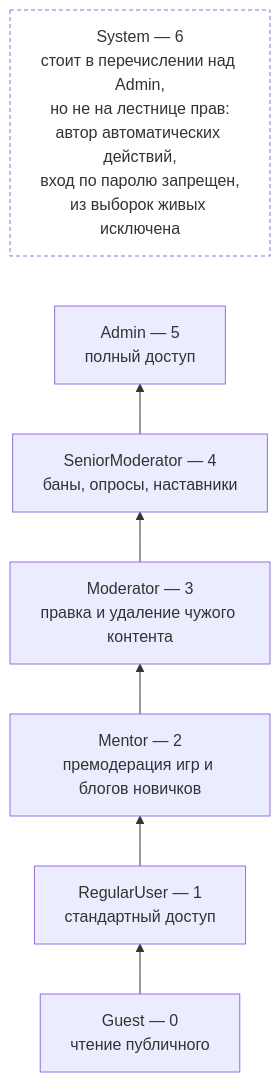
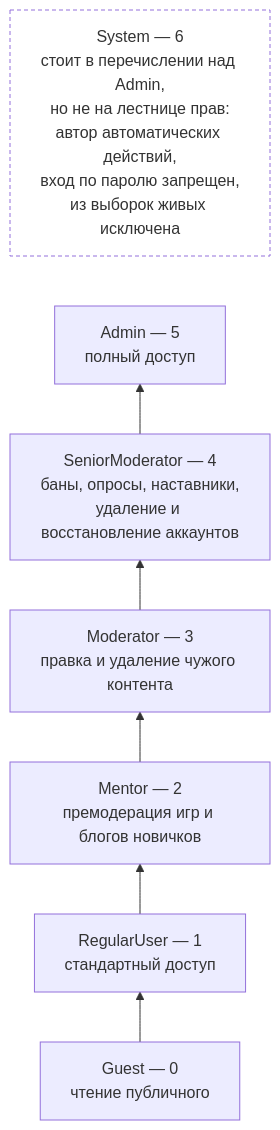
Before and after one commit to dm-am/dm3: the first of 3 diagrams in docs/architecture/AUTHORIZATION.md, drawn with Mermaid. The commit also changed other lines of this file and 2107 other files, not shown here.

````diff
--- a/docs/architecture/AUTHORIZATION.md
+++ b/docs/architecture/AUTHORIZATION.md
@@ -13,16 +13,16 @@
 ```mermaid
 flowchart BT
     g["Guest — 0<br/>чтение публичного"]
     u["RegularUser — 1<br/>стандартный доступ"]
     me["Mentor — 2<br/>премодерация игр и блогов новичков"]
     mo["Moderator — 3<br/>правка и удаление чужого контента"]
-    sm["SeniorModerator — 4<br/>баны, опросы, наставники"]
+    sm["SeniorModerator — 4<br/>баны, опросы, наставники,<br/>удаление и восстановление аккаунтов"]
     ad["Admin — 5<br/>полный доступ"]
     sys["System — 6<br/>стоит в перечислении над Admin,<br/>но не на лестнице прав:<br/>автор автоматических действий,<br/>вход по паролю запрещен,<br/>из выборок живых исключена"]
 
     g --> u --> me --> mo --> sm --> ad
     ad ~~~ sys
 
     classDef aside fill:transparent,stroke-dasharray: 4 3
     class sys aside
 ```
````
